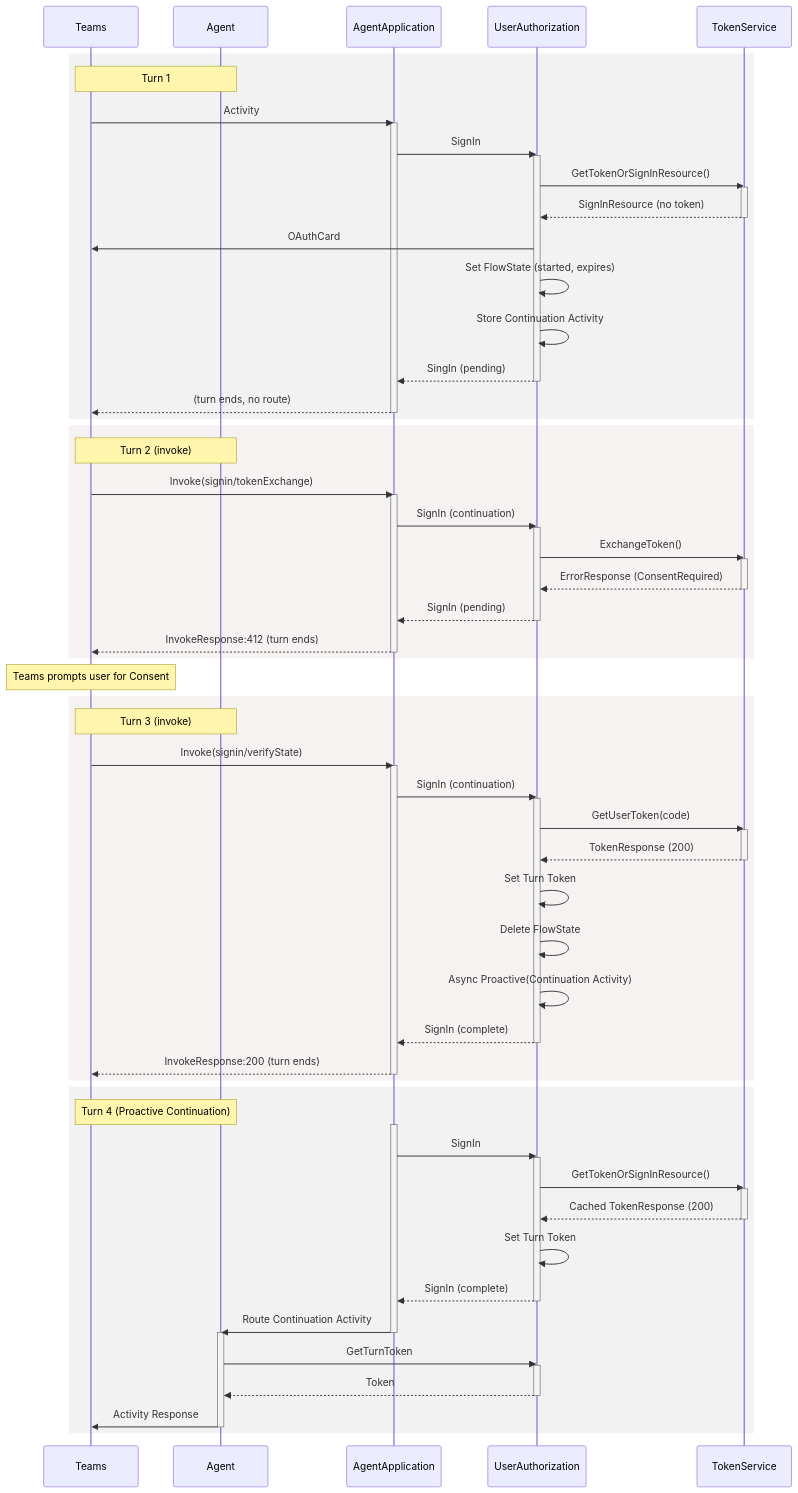
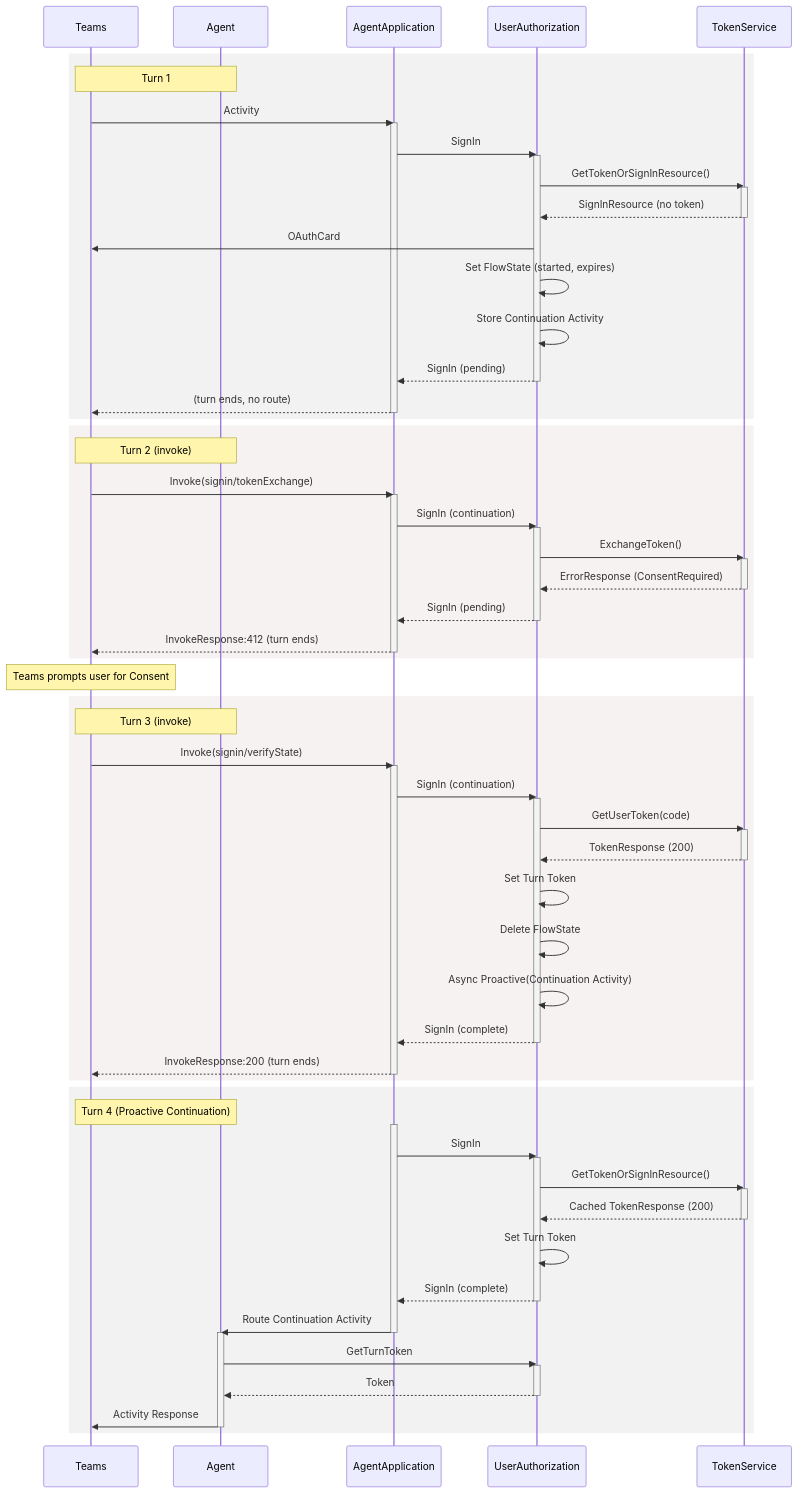
Before and after one commit to southworks/Agents-for-net: the third of 4 diagrams in docs/TeamsSSO-Sequence.md, drawn with Mermaid.

Commit message:
Potential fix for pull request finding

```diff
--- a/docs/TeamsSSO-Sequence.md
+++ b/docs/TeamsSSO-Sequence.md
@@ -145,7 +145,7 @@
     UserAuthorization->>Teams: OAuthCard
     UserAuthorization->>UserAuthorization: Set FlowState (started, expires)
     UserAuthorization->>UserAuthorization: Store Continuation Activity
-    UserAuthorization-->>AgentApplication: SingIn (pending)
+    UserAuthorization-->>AgentApplication: SignIn (pending)
     deactivate UserAuthorization
     AgentApplication-->>Teams: (turn ends, no route)
     deactivate AgentApplication
```
